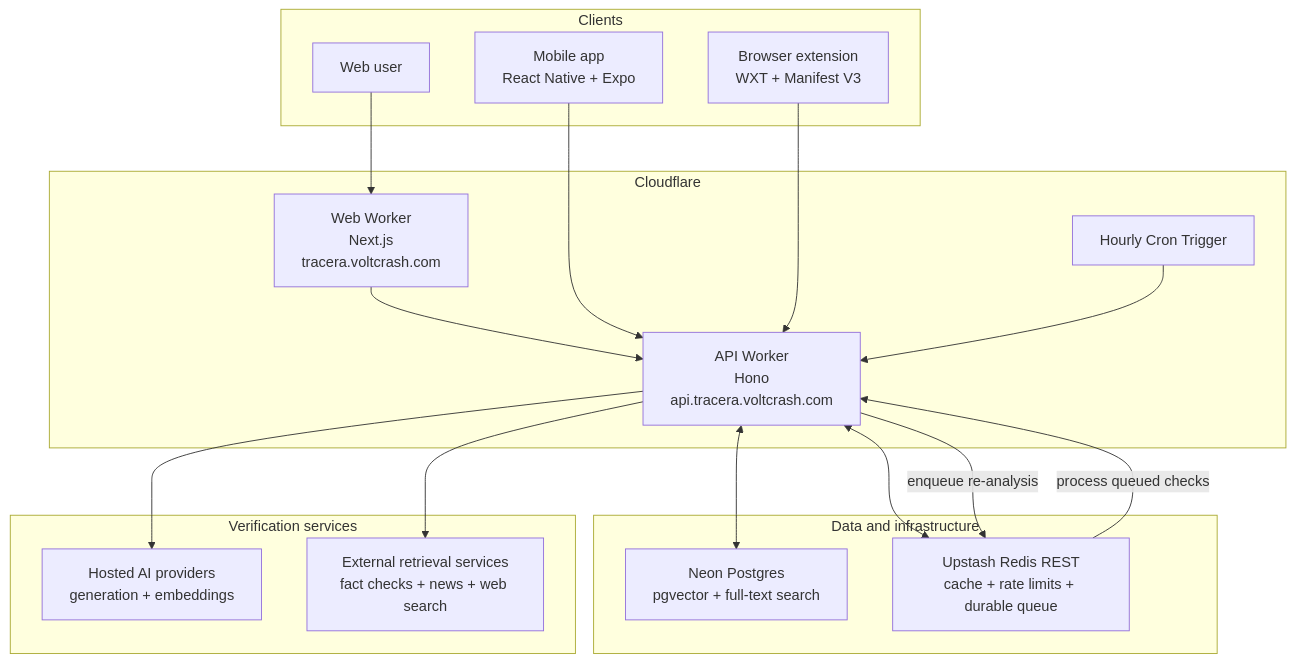
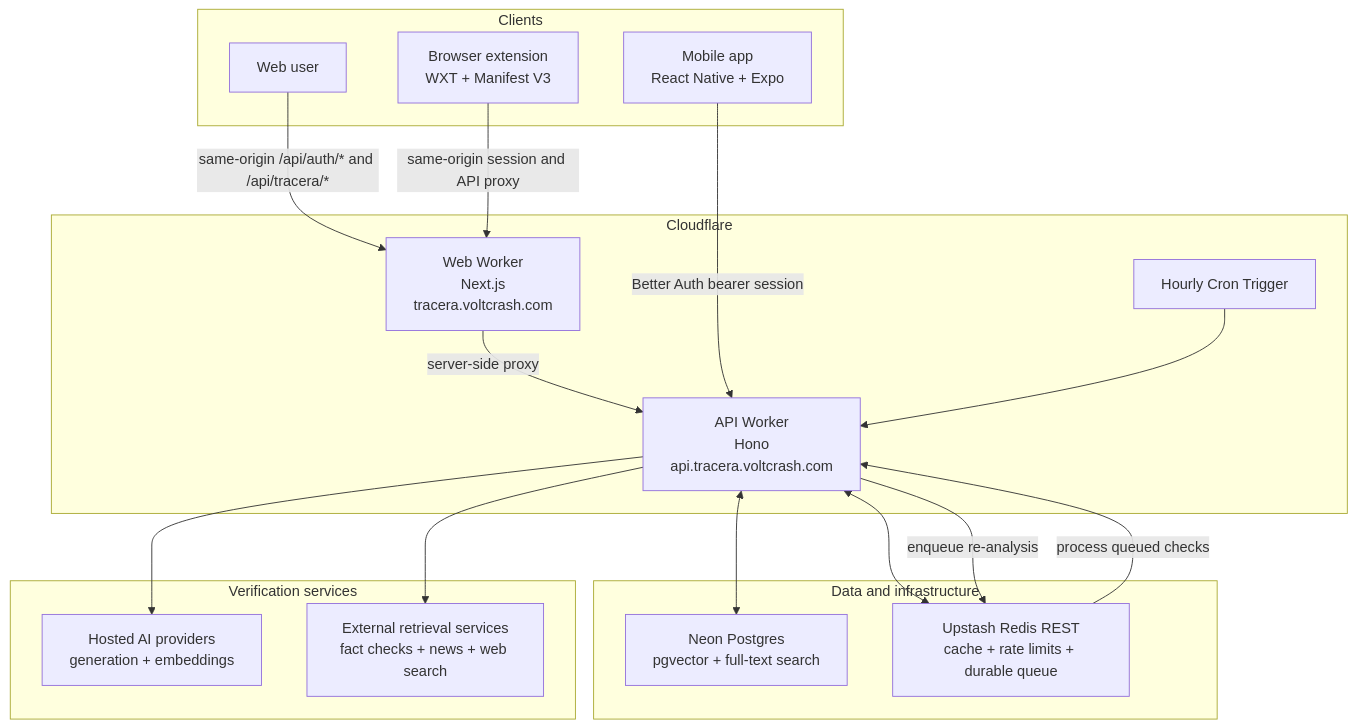
One commit to voltcrash/tracera changed the diagram in README.md. Above: the diagram before and after it, drawn with Mermaid. The commit also changed other lines of this file, not shown here.

Commit message:
docs(auth): document Better Auth deployment

````diff
--- a/README.md
+++ b/README.md
@@ -40,38 +42,38 @@
 ```mermaid
 flowchart TB
     subgraph Clients
         User["Web user"]
         Mobile["Mobile app<br/>React Native + Expo"]
         Extension["Browser extension<br/>WXT + Manifest V3"]
     end
 
     subgraph Cloudflare["Cloudflare"]
         Web["Web Worker<br/>Next.js<br/>tracera.voltcrash.com"]
         API["API Worker<br/>Hono<br/>api.tracera.voltcrash.com"]
         Cron["Hourly Cron Trigger"]
     end
 
     subgraph Data["Data and infrastructure"]
         Neon["Neon Postgres<br/>pgvector + full-text search"]
         Upstash["Upstash Redis REST<br/>cache + rate limits + durable queue"]
     end
 
     subgraph Intelligence["Verification services"]
         AI["Hosted AI providers<br/>generation + embeddings"]
         Retrieval["External retrieval services<br/>fact checks + news + web search"]
     end
 
-    User --> Web
-    Web --> API
-    Mobile --> API
-    Extension --> API
+    User -->|same-origin /api/auth/* and /api/tracera/*| Web
+    Extension -->|same-origin session and API proxy| Web
+    Web -->|server-side proxy| API
+    Mobile -->|Better Auth bearer session| API
 
     API <--> Neon
     API <--> Upstash
     API --> AI
     API --> Retrieval
 
     Cron --> API
     API -->|enqueue re-analysis| Upstash
     Upstash -->|process queued checks| API
 ```
````
